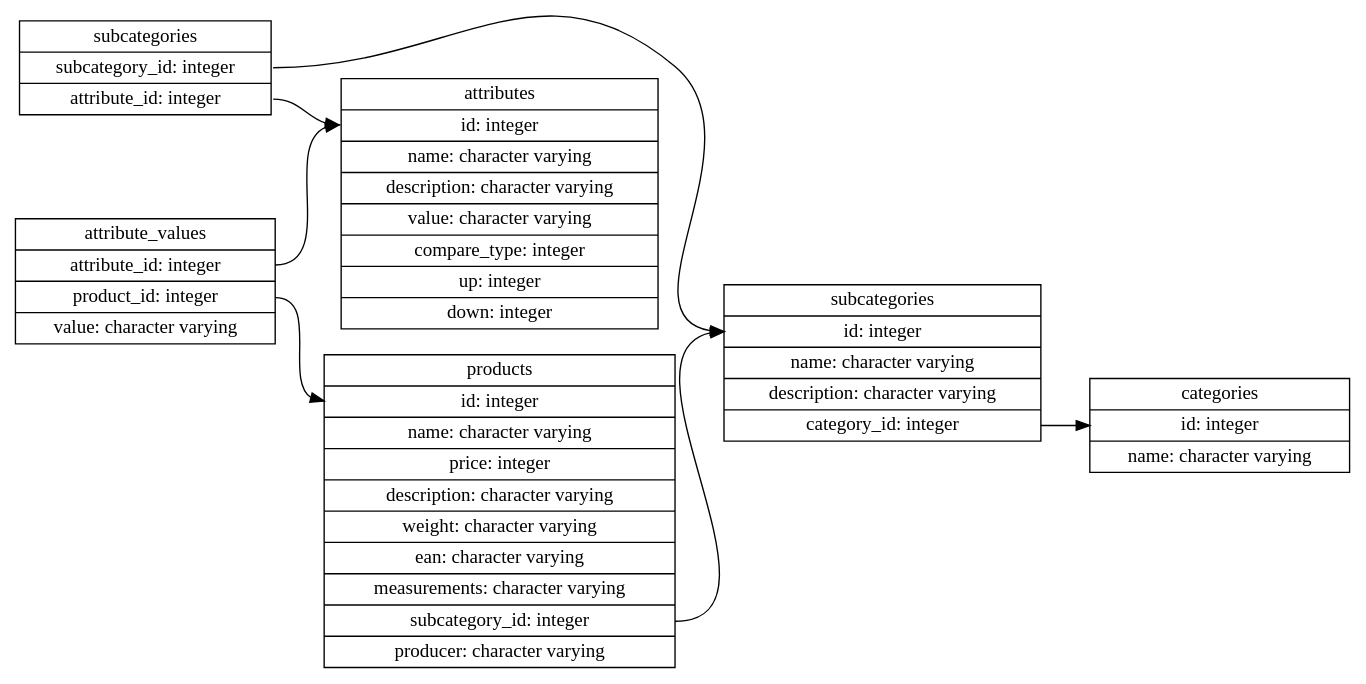
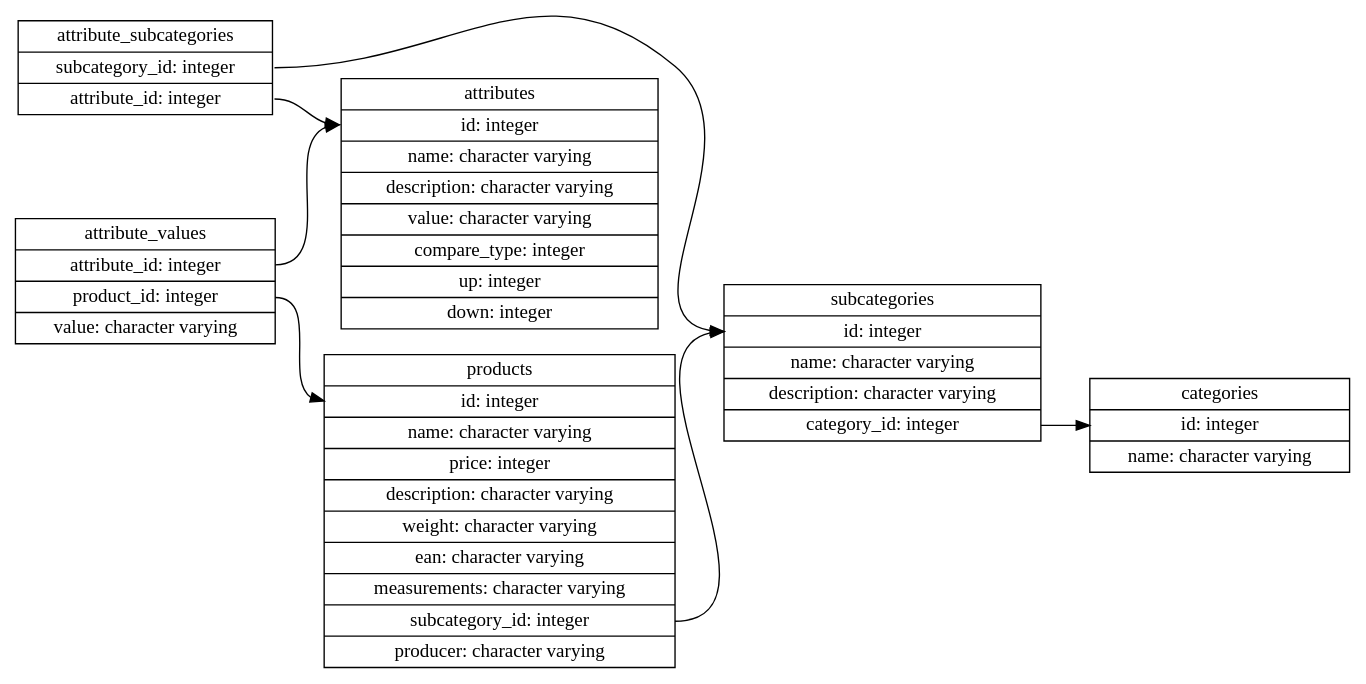
One commit to AlexanderEkdahl/snowstorm changed the diagram in sql/erd.gv. Above: the diagram before and after it, drawn with Graphviz. The commit also changed 1 other file, not shown here.

Commit message:
Fixed ERD generator

```diff
--- a/sql/erd.gv
+++ b/sql/erd.gv
@@ -1,17 +1,17 @@
 digraph models_diagram {
   graph[rankdir=LR, overlap=false, splines=true]
 
-  attribute_subcategories [shape=record, label="subcategories|<subcategory_id>subcategory_id: integer|<attribute_id>attribute_id: integer"]
+  attribute_subcategories [shape=record, label="attribute_subcategories|<subcategory_id>subcategory_id: integer|<attribute_id>attribute_id: integer"]
   attribute_values [shape=record, label="attribute_values|<attribute_id> attribute_id: integer|<product_id> product_id: integer|<value> value: character varying"]
   attributes [shape=record, label="attributes|<id> id: integer|name: character varying|description: character varying|value: character varying|compare_type: integer|up: integer|down: integer"]
   categories [shape=record, label="categories|<id> id: integer|name: character varying"]
   products [shape=record, label="products|<id> id: integer|name: character varying|price: integer|description: character varying|weight: character varying|ean: character varying|measurements: character varying|<subcategory_id>subcategory_id: integer|producer: character varying"]
   subcategories [shape=record, label="subcategories|<id> id: integer|name: character varying|description: character varying|<category_id>category_id: integer"]
 
   attribute_subcategories:attribute_id -> attributes:id;
   attribute_subcategories:subcategory_id -> subcategories:id;
   attribute_values:attribute_id -> attributes:id;
   attribute_values:product_id -> products:id;
   products:subcategory_id -> subcategories:id;
   subcategories:category_id -> categories:id;
 }
```
